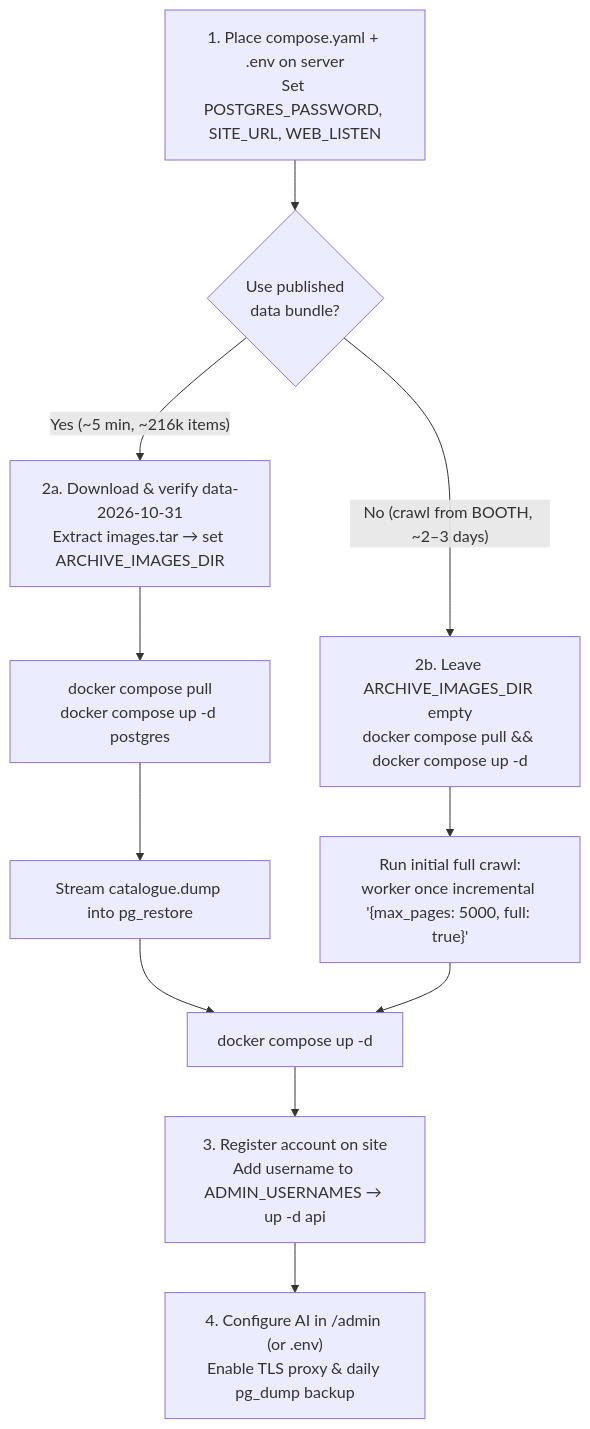
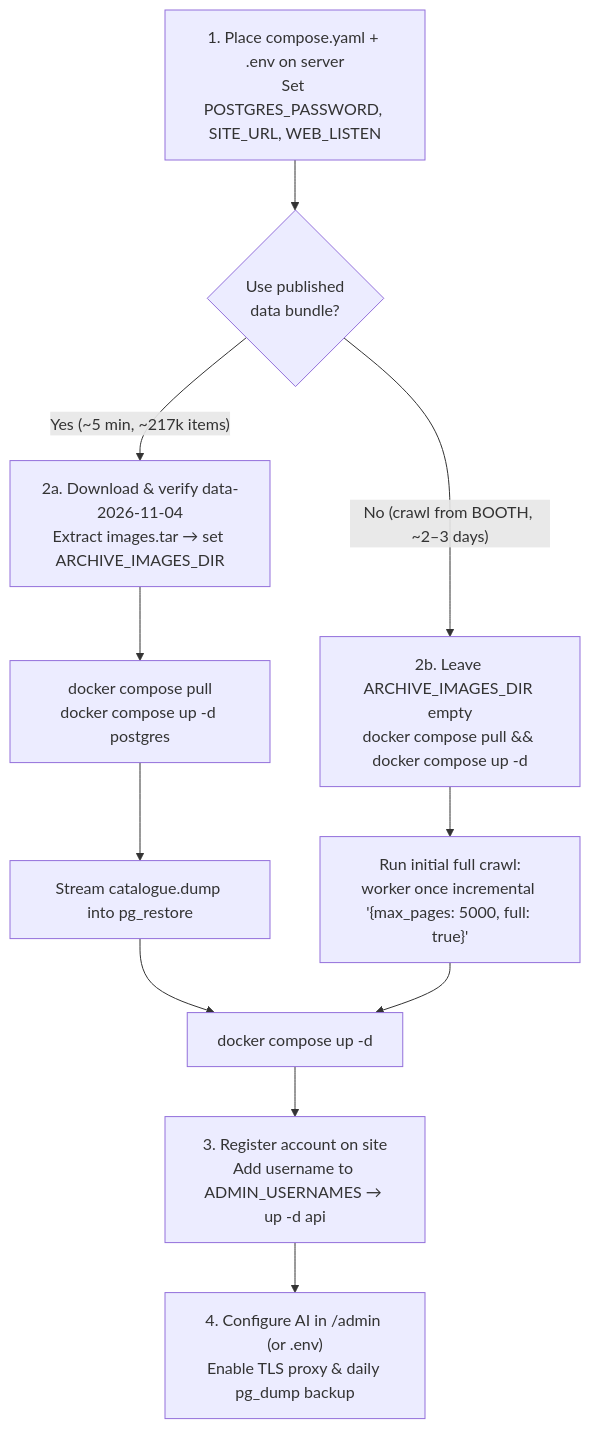
The second of 3 diagrams in docs/DEPLOY.md (JohnsonRan/BoothDex), drawn with Mermaid before and after one commit. The commit also changed other lines of this file and 3 other files, not shown here.

````diff
--- a/docs/DEPLOY.md
+++ b/docs/DEPLOY.md
@@ -37,16 +37,16 @@
 ```mermaid
 flowchart TD
   prep["1. Place compose.yaml + .env on server<br/>Set POSTGRES_PASSWORD, SITE_URL, WEB_LISTEN"] --> choice{"Use published<br/>data bundle?"}
 
-  choice -- "Yes (~5 min, ~216k items)" --> dl["2a. Download & verify data-2026-10-31<br/>Extract images.tar → set ARCHIVE_IMAGES_DIR"]
+  choice -- "Yes (~5 min, ~217k items)" --> dl["2a. Download & verify data-2026-11-04<br/>Extract images.tar → set ARCHIVE_IMAGES_DIR"]
   dl --> pgup["docker compose pull<br/>docker compose up -d postgres"]
   pgup --> restore["Stream catalogue.dump into pg_restore"]
   restore --> up["docker compose up -d"]
 
   choice -- "No (crawl from BOOTH, ~2–3 days)" --> nobundle["2b. Leave ARCHIVE_IMAGES_DIR empty<br/>docker compose pull && docker compose up -d"]
   nobundle --> crawl["Run initial full crawl:<br/>worker once incremental '{max_pages: 5000, full: true}'"]
   crawl --> up
 
   up --> admin["3. Register account on site<br/>Add username to ADMIN_USERNAMES → up -d api"]
   admin --> live["4. Configure AI in /admin (or .env)<br/>Enable TLS proxy & daily pg_dump backup"]
 ```
````
